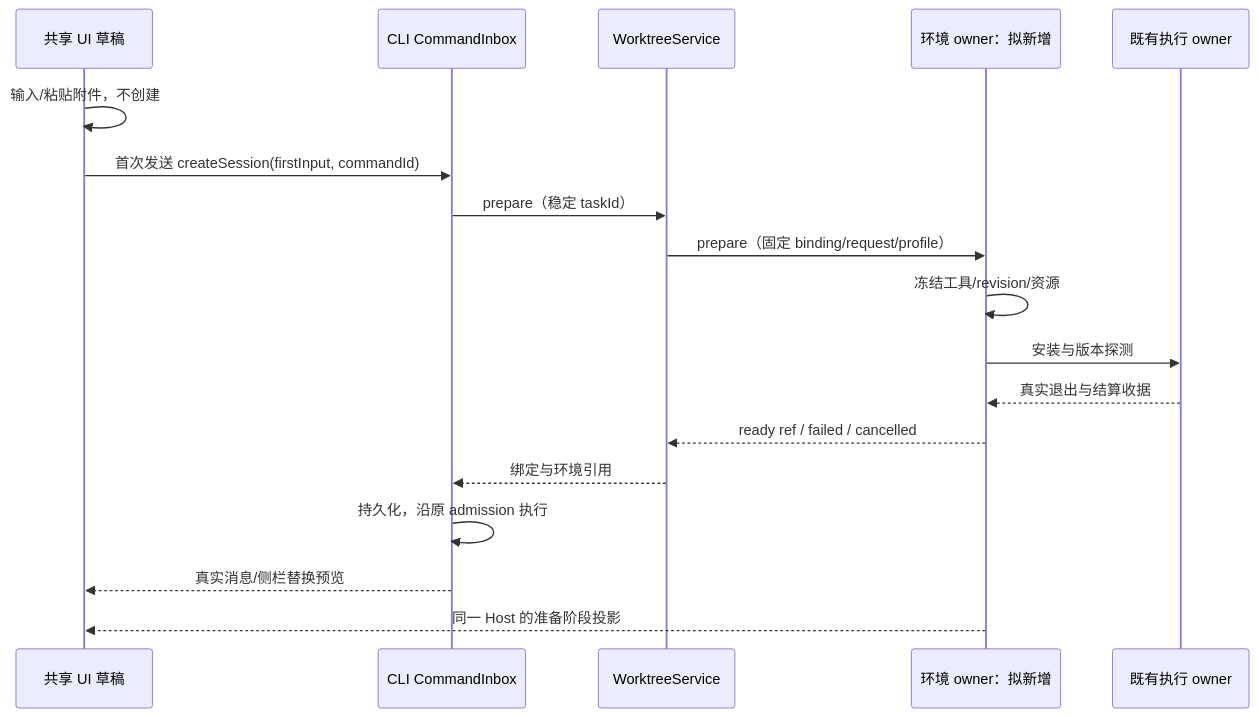
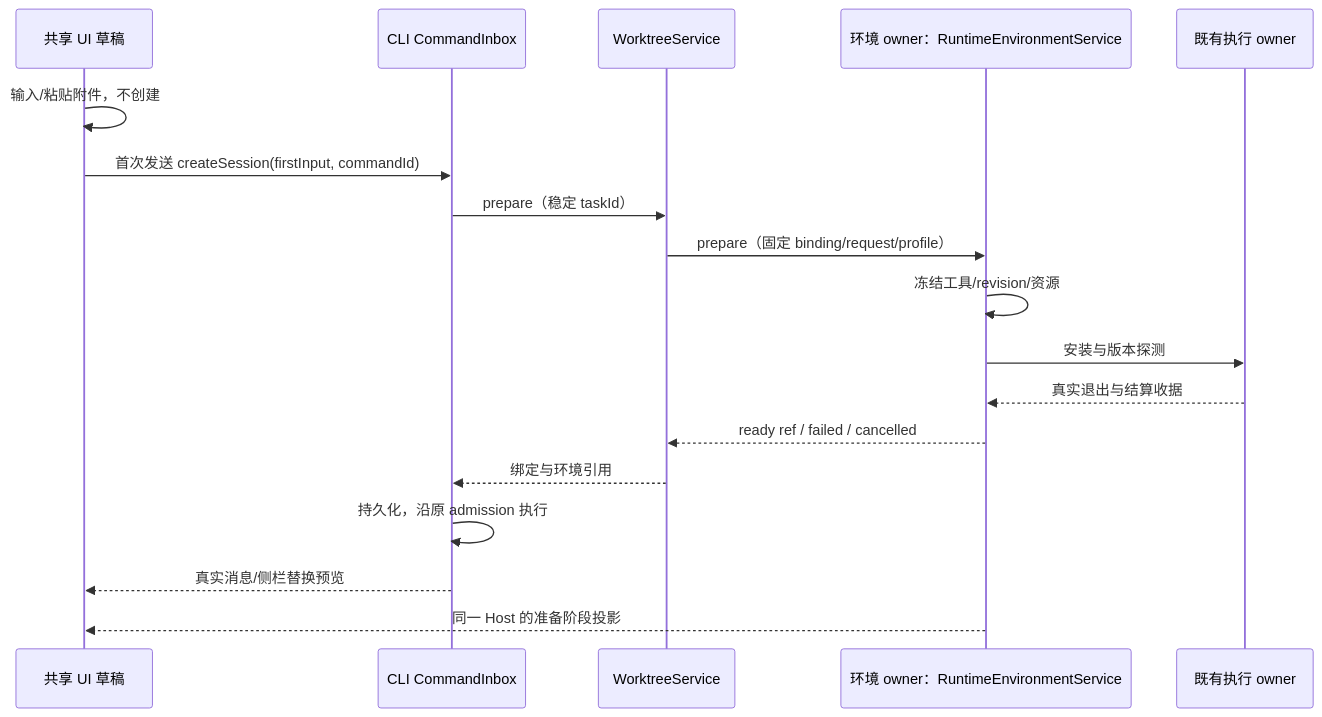
The fourth of 8 diagrams in specs/worktree-runtime-environments.md (lemon-casino/LemonCode), drawn with Mermaid before and after one commit. The commit also changed other lines of this file and 261 other files, not shown here.

First line of the commit message:
feat(runtime-environment): 接通托管运行环境纵向与工作树环境集成

````diff
--- a/specs/worktree-runtime-environments.md
+++ b/specs/worktree-runtime-environments.md
@@ -446,20 +498,20 @@
 ```mermaid
 sequenceDiagram
   participant UI as 共享 UI 草稿
   participant CLI as CLI CommandInbox
   participant WT as WorktreeService
-  participant ENV as 环境 owner：拟新增
+  participant ENV as 环境 owner：RuntimeEnvironmentService
   participant EXEC as 既有执行 owner
   UI->>UI: 输入/粘贴附件，不创建
   UI->>CLI: 首次发送 createSession(firstInput, commandId)
   CLI->>WT: prepare（稳定 taskId）
   WT->>ENV: prepare（固定 binding/request/profile）
   ENV->>ENV: 冻结工具/revision/资源
   ENV->>EXEC: 安装与版本探测
   EXEC-->>ENV: 真实退出与结算收据
   ENV-->>WT: ready ref / failed / cancelled
   WT-->>CLI: 绑定与环境引用
   CLI->>CLI: 持久化，沿原 admission 执行
   CLI-->>UI: 真实消息/侧栏替换预览
   ENV-->>UI: 同一 Host 的准备阶段投影
 ```
````
